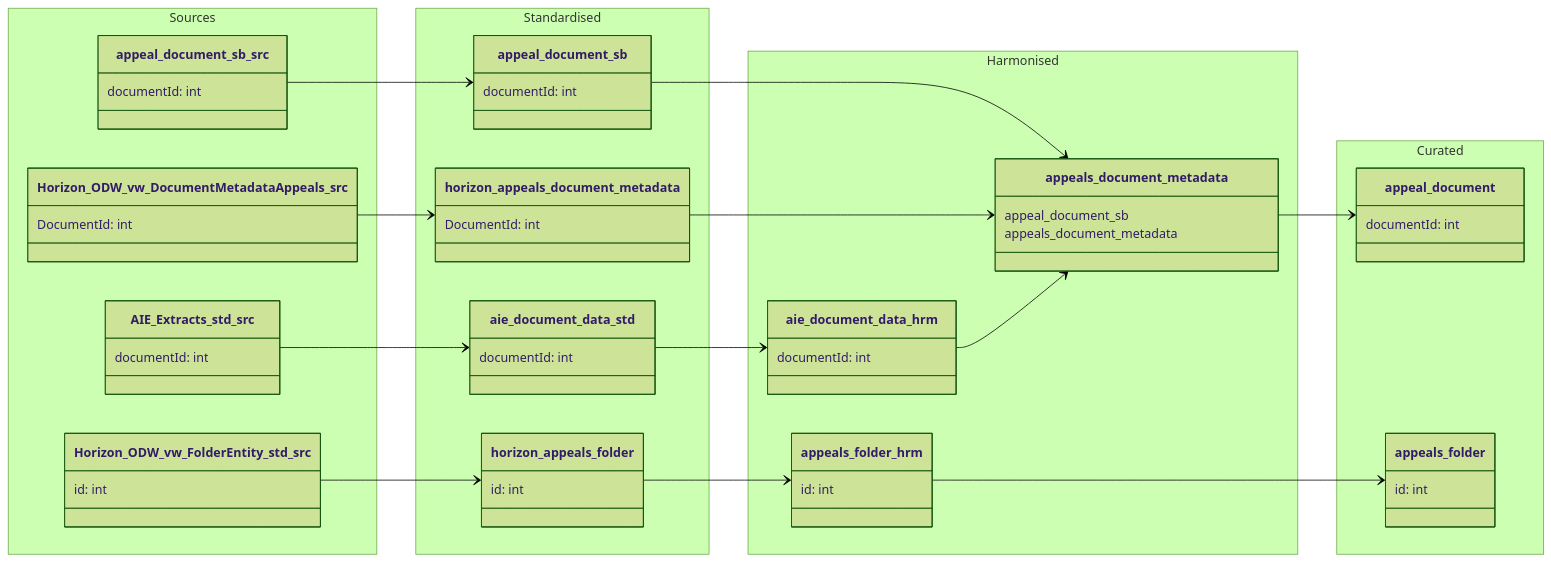
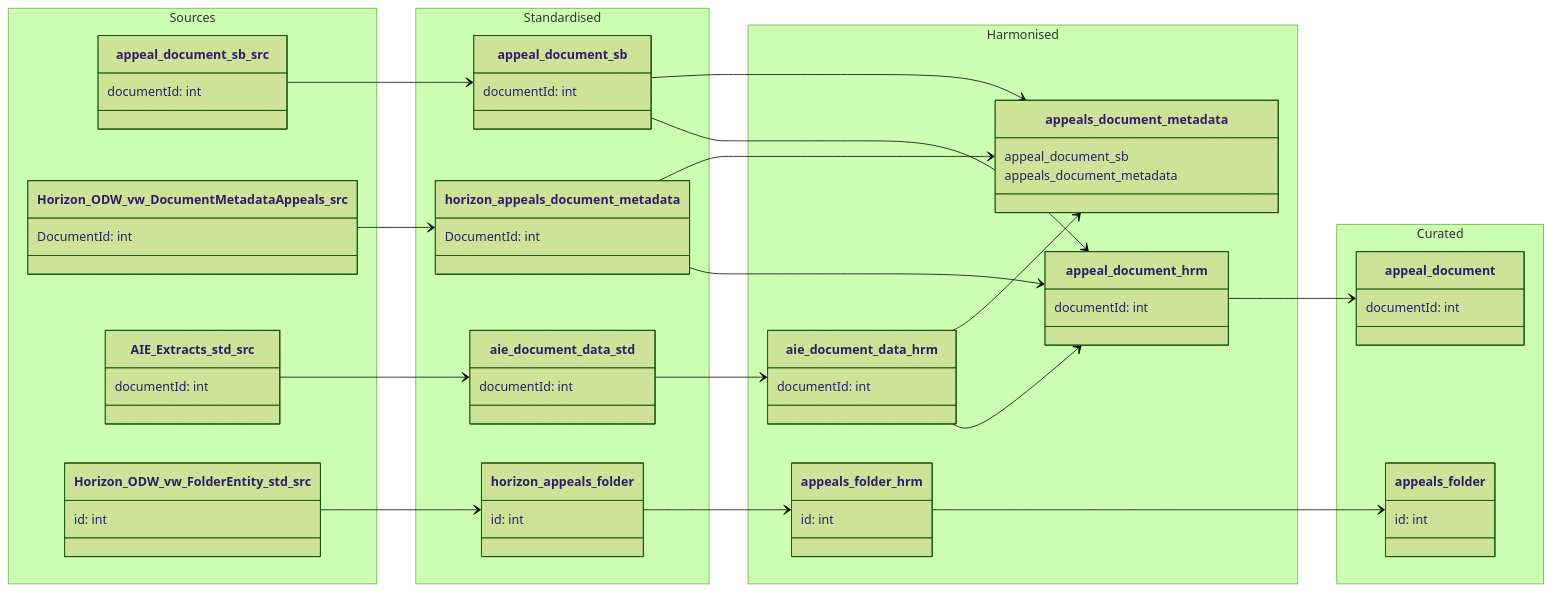
One commit to Planning-Inspectorate/odw-synapse-workspace changed the diagram in data-models/appeal-document.md. Above: the diagram before and after it, drawn with Mermaid (forest theme).

```diff
--- a/data-models/appeal-document.md
+++ b/data-models/appeal-document.md
@@ -58,6 +58,9 @@
             appeal_document_sb
             appeals_document_metadata
         }
+        class appeal_document_hrm {
+            documentId: int
+        }
 
         class appeals_folder_hrm {
             id: int
@@ -82,7 +85,11 @@
 `horizon_appeals_document_metadata` --> `appeals_document_metadata`
 `aie_document_data_std` --> `aie_document_data_hrm`
 `aie_document_data_hrm` --> `appeals_document_metadata`
-`appeals_document_metadata` --> `appeal_document`
+`appeal_document_sb` --> `appeal_document_hrm`
+`horizon_appeals_document_metadata` --> `appeal_document_hrm`
+`aie_document_data_hrm` --> `appeal_document_hrm`
+
+`appeal_document_hrm` --> `appeal_document`
 
 `Horizon_ODW_vw_FolderEntity_std_src` --> `horizon_appeals_folder`
 `horizon_appeals_folder` --> `appeals_folder_hrm`
```
